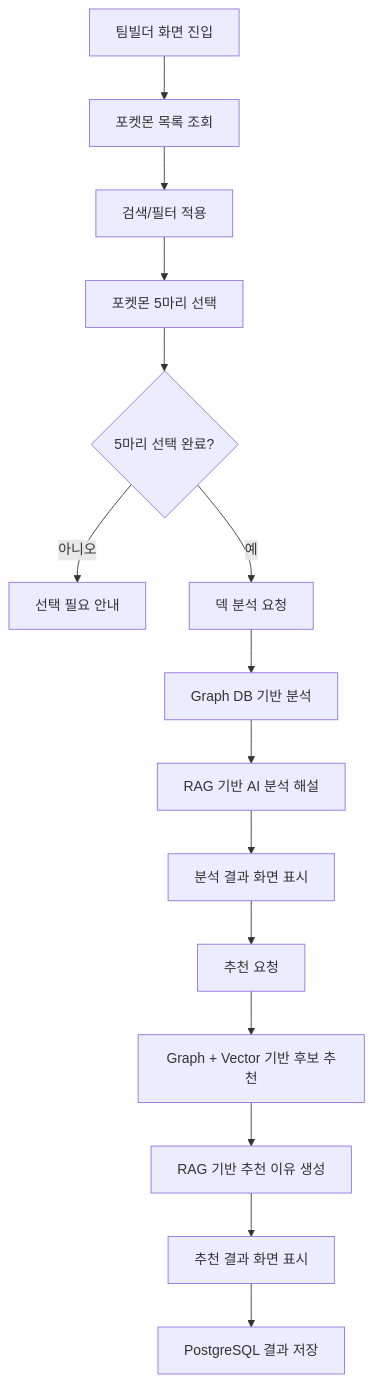
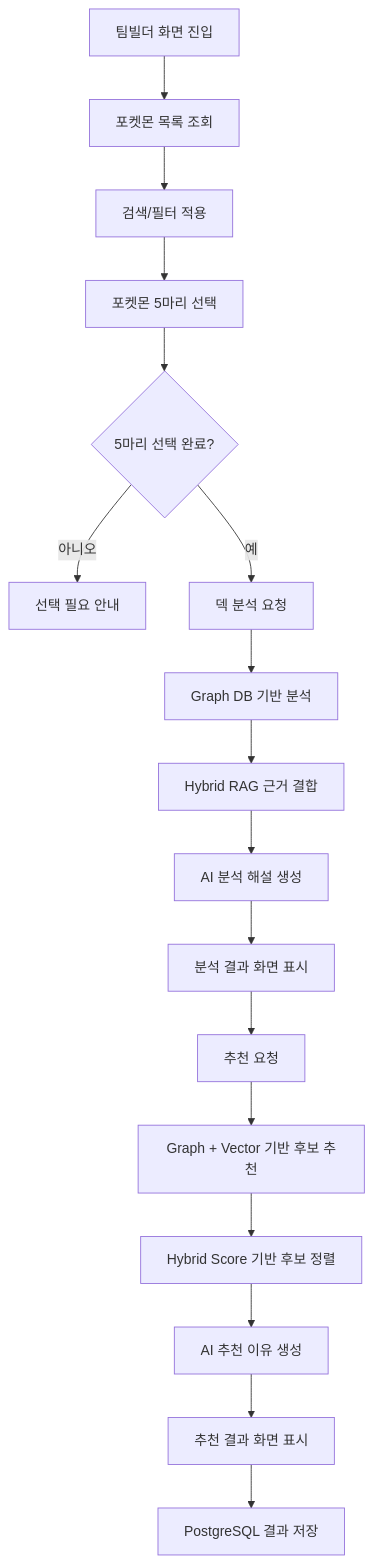
One commit to SKNETWORKS-FAMILY-AICAMP/SKN27-3rd-3TEAM changed the diagram in docs/팀빌딩/01_요구사항명세서.md. Above: the diagram before and after it, drawn with Mermaid. The commit also changed other lines of this file, not shown here.

````diff
--- a/docs/팀빌딩/01_요구사항명세서.md
+++ b/docs/팀빌딩/01_요구사항명세서.md
@@ -173,17 +197,19 @@
 ```mermaid
 flowchart TD
     A[팀빌더 화면 진입] --> B[포켓몬 목록 조회]
     B --> C[검색/필터 적용]
     C --> D[포켓몬 5마리 선택]
     D --> E{5마리 선택 완료?}
     E -- 아니오 --> F[선택 필요 안내]
     E -- 예 --> G[덱 분석 요청]
     G --> H[Graph DB 기반 분석]
-    H --> I[RAG 기반 AI 분석 해설]
-    I --> J[분석 결과 화면 표시]
+    H --> I[Hybrid RAG 근거 결합]
+    I --> IA[AI 분석 해설 생성]
+    IA --> J[분석 결과 화면 표시]
     J --> K[추천 요청]
     K --> L[Graph + Vector 기반 후보 추천]
-    L --> M[RAG 기반 추천 이유 생성]
-    M --> N[추천 결과 화면 표시]
+    L --> M[Hybrid Score 기반 후보 정렬]
+    M --> MA[AI 추천 이유 생성]
+    MA --> N[추천 결과 화면 표시]
     N --> O[PostgreSQL 결과 저장]
 ```
````
